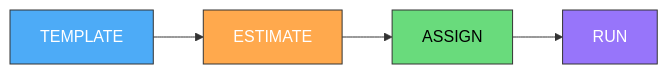
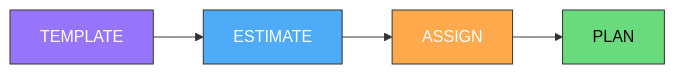
One commit to Cyberk-Official/handbooks changed the diagram in 05-product-owner/po-board-create/board-create-process.md. Above: the diagram before and after it, drawn with Mermaid. The commit also changed other lines of this file and 3 other files, not shown here.

````diff
--- a/05-product-owner/po-board-create/board-create-process.md
+++ b/05-product-owner/po-board-create/board-create-process.md
@@ -32,11 +35,11 @@
 ```mermaid
 flowchart LR
-    A["TEMPLATE"] --> B["ESTIMATE"]
-    B --> C["ASSIGN"]
-    C --> D["RUN"]
+    T["TEMPLATE"] --> A["ESTIMATE"]
+    A --> B["ASSIGN"]
+    B --> C["PLAN"]
 
+    style T fill:#9775fa,stroke:#333,color:#fff
     style A fill:#4dabf7,stroke:#333,color:#fff
     style B fill:#ffa94d,stroke:#333,color:#fff
     style C fill:#69db7c,stroke:#333,color:#000
-    style D fill:#9775fa,stroke:#333,color:#fff
 ```
````
